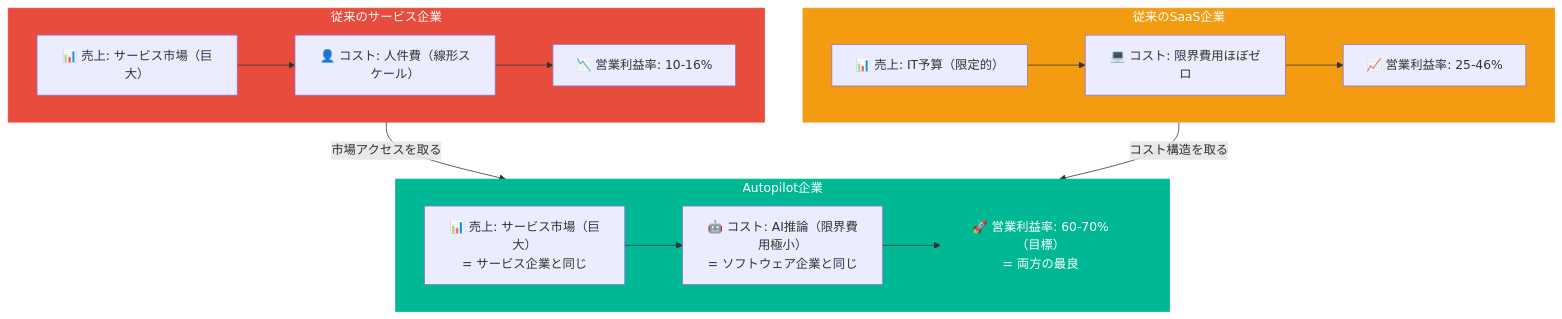
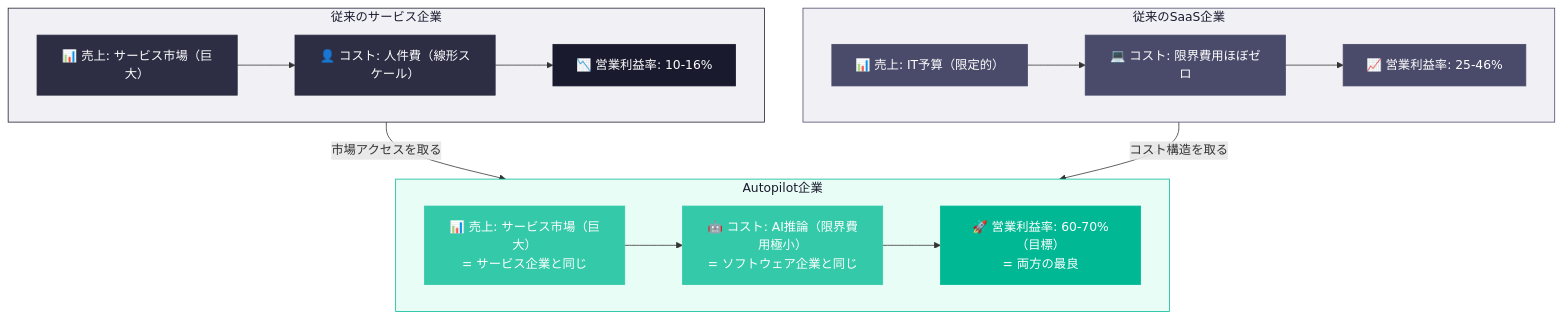
Before and after one commit to Leading-AI-IO/saas-is-dead-the-next-ai-business-model: the ninth of 10 diagrams in docs/jp/saas-is-dead_JP.md, drawn with Mermaid. The commit also changed other lines of this file, not shown here.

````diff
--- a/docs/jp/saas-is-dead_JP.md
+++ b/docs/jp/saas-is-dead_JP.md
@@ -889,31 +916,39 @@
 ```mermaid
 flowchart TD
     subgraph SERVICE["従来のサービス企業"]
         S1["📊 売上: サービス市場（巨大）"]
         S2["👤 コスト: 人件費（線形スケール）"]
         S3["📉 営業利益率: 10-16%"]
         S1 --> S2 --> S3
     end
 
     subgraph SAAS["従来のSaaS企業"]
         SA1["📊 売上: IT予算（限定的）"]
         SA2["💻 コスト: 限界費用ほぼゼロ"]
         SA3["📈 営業利益率: 25-46%"]
         SA1 --> SA2 --> SA3
     end
 
     subgraph AUTO["Autopilot企業"]
         A1["📊 売上: サービス市場（巨大）\n= サービス企業と同じ"]
         A2["🤖 コスト: AI推論（限界費用極小）\n= ソフトウェア企業と同じ"]
         A3["🚀 営業利益率: 60-70%（目標）\n= 両方の最良"]
         A1 --> A2 --> A3
     end
 
     SERVICE -- "市場アクセスを取る" --> AUTO
     SAAS -- "コスト構造を取る" --> AUTO
 
-    style SERVICE fill:#e74c3c,stroke:#e74c3c,color:#fff
-    style SAAS fill:#f39c12,stroke:#f39c12,color:#fff
-    style AUTO fill:#00b894,stroke:#00b894,color:#fff
+    style SERVICE fill:#f0f0f5,stroke:#1a1a2e,color:#1a1a2e
+    style SAAS fill:#f0f0f5,stroke:#4a4a6a,color:#1a1a2e
+    style AUTO fill:#e8fdf5,stroke:#00b894,color:#1a1a2e
+    style S1 fill:#2d2d44,stroke:#2d2d44,color:#fff
+    style S2 fill:#2d2d44,stroke:#2d2d44,color:#fff
+    style S3 fill:#1a1a2e,stroke:#1a1a2e,color:#fff
+    style SA1 fill:#4a4a6a,stroke:#4a4a6a,color:#fff
+    style SA2 fill:#4a4a6a,stroke:#4a4a6a,color:#fff
+    style SA3 fill:#4a4a6a,stroke:#4a4a6a,color:#fff
+    style A1 fill:#33c9a9,stroke:#33c9a9,color:#fff
+    style A2 fill:#33c9a9,stroke:#33c9a9,color:#fff
     style A3 fill:#00b894,stroke:#00b894,color:#fff
 ```
````
